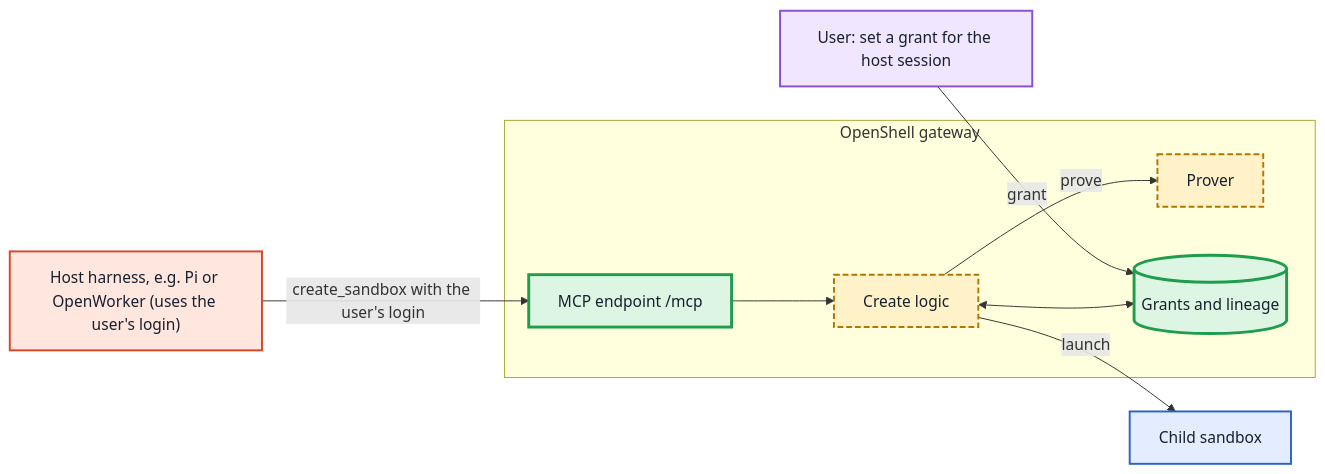
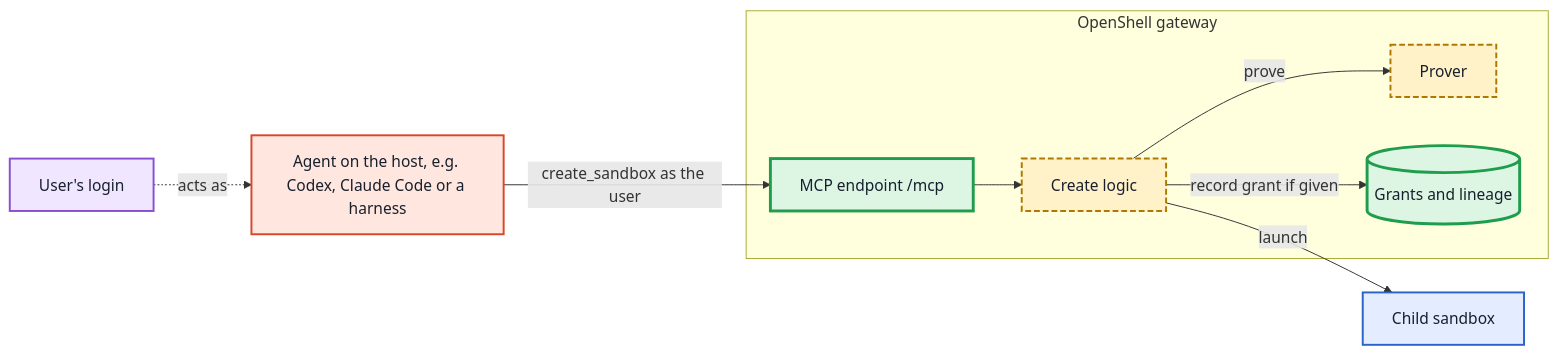
One commit to NVIDIA/OpenShell changed the second of 2 diagrams in rfc/NNNN-gateway-mcp-sandbox-creation/README.md. Above: the diagram before and after it, drawn with Mermaid. The commit also changed other lines of this file, not shown here.

First line of the commit message:
docs(rfc): child-sandbox API with SDK, CLI and MCP surfaces; global policy as a maximum; host callers act as the user; MCP on by default

````diff
--- a/rfc/NNNN-gateway-mcp-sandbox-creation/README.md
+++ b/rfc/NNNN-gateway-mcp-sandbox-creation/README.md
@@ -148,23 +162,23 @@
 ```mermaid
 flowchart LR
-  U["User: set a grant for the host session"]:::user
-  H["Host harness, e.g. Pi or OpenWorker (uses the user's login)"]:::untrusted
+  U["User's login"]:::user
+  H["Agent on the host, e.g. Codex, Claude Code or a harness"]:::untrusted
   subgraph GW["OpenShell gateway"]
     M["MCP endpoint /mcp"]:::new
     C["Create logic"]:::changed
     P["Prover"]:::changed
     L[("Grants and lineage")]:::new
   end
   K["Child sandbox"]:::trusted
-  U -- "grant" --> L
-  H -- "create_sandbox with the user's login" --> M
+  U -. "acts as" .-> H
+  H -- "create_sandbox as the user" --> M
   M --> C
   C -- "prove" --> P
-  C <--> L
+  C -- "record grant if given" --> L
   C -- "launch" --> K
   classDef untrusted fill:#ffe6df,stroke:#d9472b,stroke-width:2px,color:#18202e
   classDef trusted fill:#e3edff,stroke:#2a63c9,stroke-width:2px,color:#18202e
   classDef new fill:#ddf6e4,stroke:#1f9d4c,stroke-width:3px,color:#18202e
   classDef changed fill:#fff2c9,stroke:#b07800,stroke-width:2px,stroke-dasharray:6 3,color:#18202e
   classDef user fill:#f1e6ff,stroke:#8a4fd1,stroke-width:2px,color:#18202e
 ```
````
